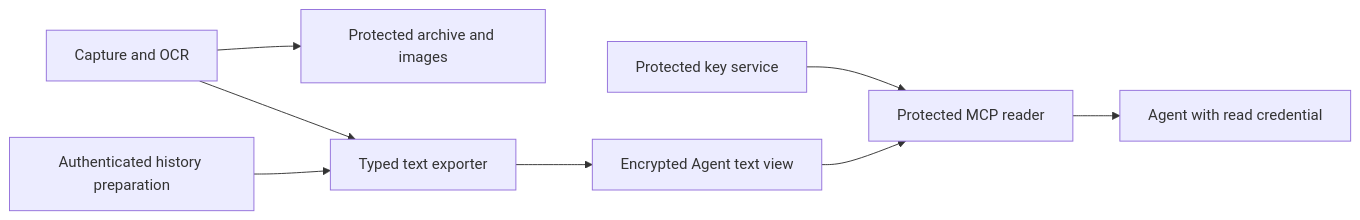
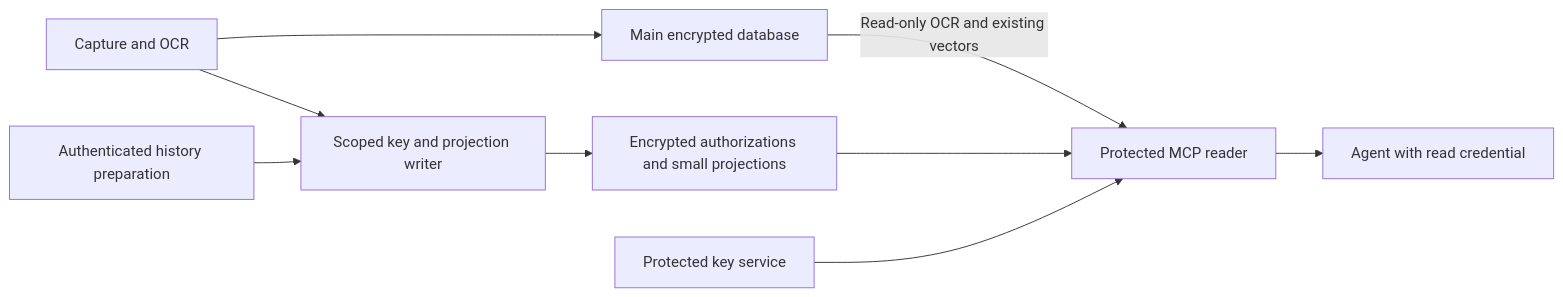
Before and after one commit to White-NX/carbonPaper: the diagram in docs/agent-unattended-access.md, drawn with Mermaid. The commit also changed other lines of this file and 29 other files, not shown here.

Commit message:
refactor(agent-access): reuse encrypted archive text and vector sources

````diff
--- a/docs/agent-unattended-access.md
+++ b/docs/agent-unattended-access.md
@@ -129,10 +143,11 @@
 ```mermaid
 flowchart LR
-    Capture[Capture and OCR] --> Archive[Protected archive and images]
-    Capture --> Writer[Typed text exporter]
+    Capture[Capture and OCR] --> Archive[Main encrypted database]
+    Capture --> Writer[Scoped key and projection writer]
     History[Authenticated history preparation] --> Writer
-    Writer --> View[Encrypted Agent text view]
+    Writer --> View[Encrypted authorizations and small projections]
     Service[Protected key service] --> Reader[Protected MCP reader]
     View --> Reader
+    Archive -->|Read-only OCR and existing vectors| Reader
     Reader --> Agent[Agent with read credential]
 ```
````
